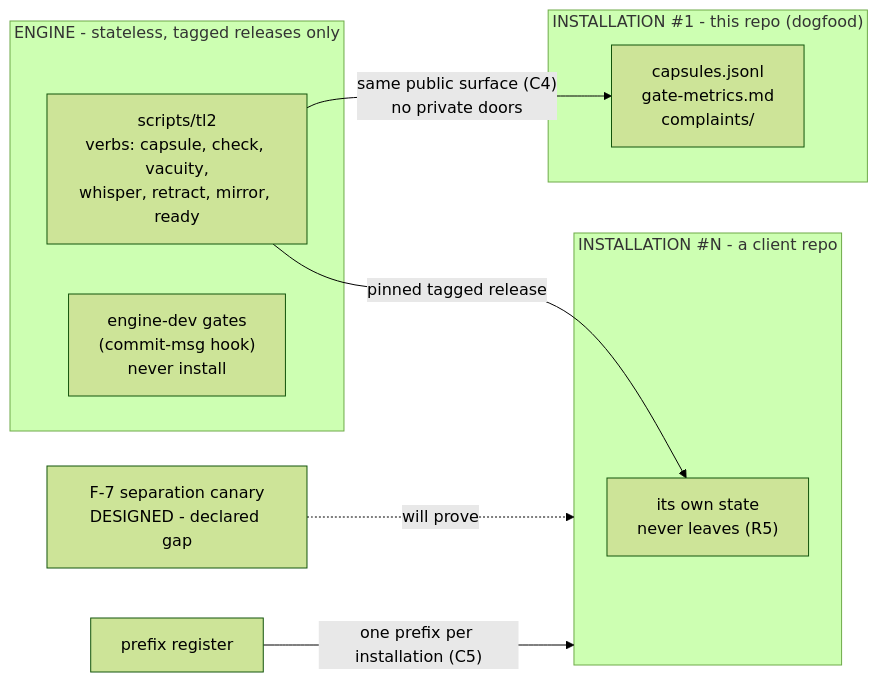
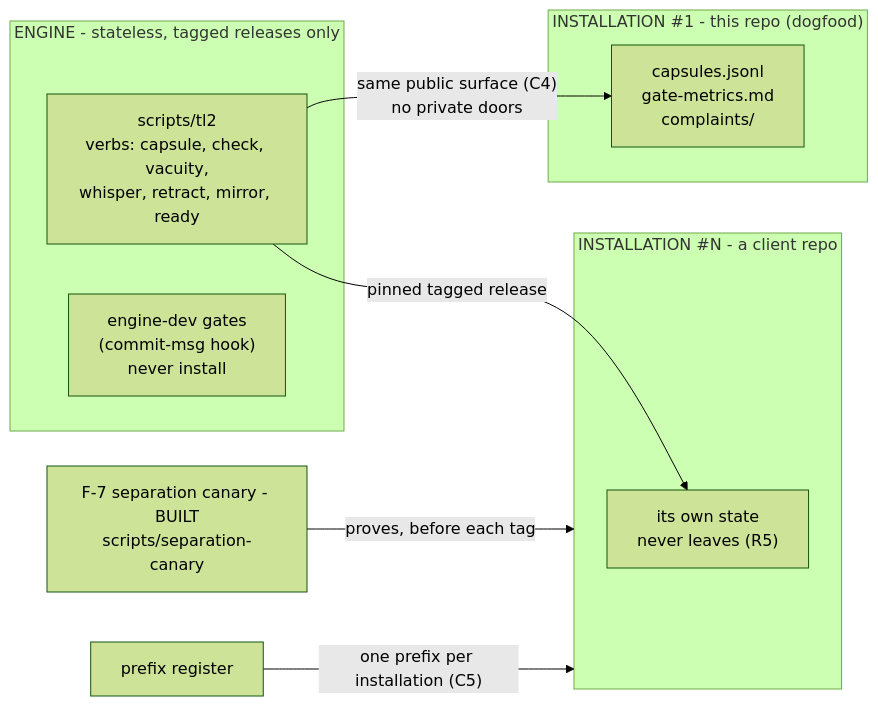
Before and after one commit to m1981/truth-ledger2: the third of 5 diagrams in docs/diagrams.md, drawn with Mermaid (forest theme). The commit also changed other lines of this file and 4 other files, not shown here.

First line of the commit message:
CMP-010 buys the separation canary: the boundary is falsifiable

````diff
--- a/docs/diagrams.md
+++ b/docs/diagrams.md
@@ -64,17 +64,17 @@
 ```mermaid
 flowchart LR
     subgraph ENGINE["ENGINE - stateless, tagged releases only"]
         TL2["scripts/tl2<br/>verbs: capsule, check, vacuity,<br/>whisper, retract, mirror, ready"]
         DEVGATES["engine-dev gates<br/>(commit-msg hook)<br/>never install"]
     end
     subgraph INST1["INSTALLATION #1 - this repo (dogfood)"]
         S1["capsules.jsonl<br/>gate-metrics.md<br/>complaints/"]
     end
     subgraph INSTN["INSTALLATION #N - a client repo"]
         SN["its own state<br/>never leaves (R5)"]
     end
     TL2 -- "same public surface (C4)<br/>no private doors" --> S1
     TL2 -- "pinned tagged release" --> SN
-    SEP["F-7 separation canary<br/>DESIGNED - declared gap"] -.->|"will prove"| INSTN
+    SEP["F-7 separation canary - BUILT<br/>scripts/separation-canary"] -->|"proves, before each tag"| INSTN
     PREFIX["prefix register"] -- "one prefix per installation (C5)" --> INSTN
 ```
````
